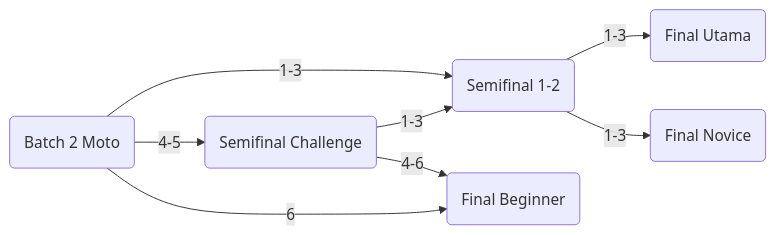
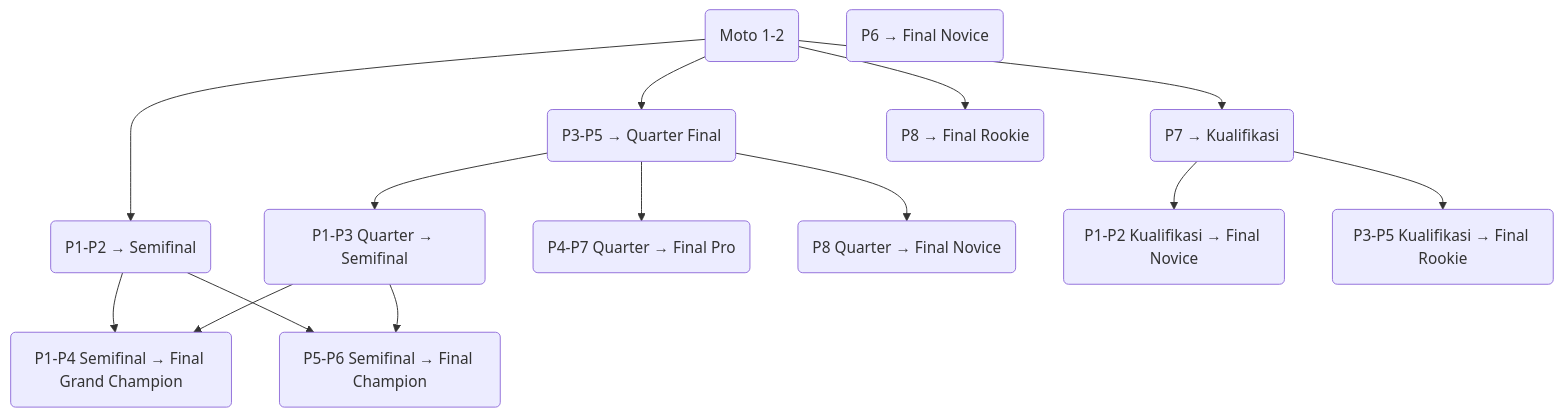
Before and after one commit to thosangs/sigerace: the fifth of 8 diagrams in README.md, drawn with Mermaid. The commit also changed other lines of this file and 4 other files, not shown here.

````diff
--- a/README.md
+++ b/README.md
@@ -11,10 +167,25 @@
 ```mermaid
-flowchart LR
-A(Batch 2 Moto) -->|1-3| B(Semifinal 1-2)
-A(Batch 2 Moto) -->|4-5| C(Semifinal Challenge)
-C(Semifinal Challenge) -->|1-3| B(Semifinal 1-2)
-B(Semifinal 1-2) -->|1-3| D(Final Utama)
-B(Semifinal 1-2) --> |1-3| E(Final Novice)
-C(Semifinal Challenge) --> |4-6| F(Final Beginner)
-A(Batch 2 Moto)--> |6| F(Final Beginner)
+flowchart TD
+  E1(Moto 1-2)
+  E2a(P1-P2 → Semifinal)
+  E2b(P3-P5 → Quarter Final)
+  E2c(P6 → Final Novice)
+  E2d(P7 → Kualifikasi)
+  E2e(P8 → Final Rookie)
+  E3a(P1-P3 Quarter → Semifinal)
+  E3b(P4-P7 Quarter → Final Pro)
+  E3c(P8 Quarter → Final Novice)
+  E4a(P1-P2 Kualifikasi → Final Novice)
+  E4b(P3-P5 Kualifikasi → Final Rookie)
+  E5a(P1-P4 Semifinal → Final Grand Champion)
+  E5b(P5-P6 Semifinal → Final Champion)
+  E1 --> E2a --> E5a
+  E2a --> E5b
+  E1 --> E2b --> E3a --> E5a
+  E3a --> E5b
+  E2b --> E3b
+  E2b --> E3c
+  E1 --> E2d --> E4a
+  E2d --> E4b
+  E1 --> E2e
 ```
````
